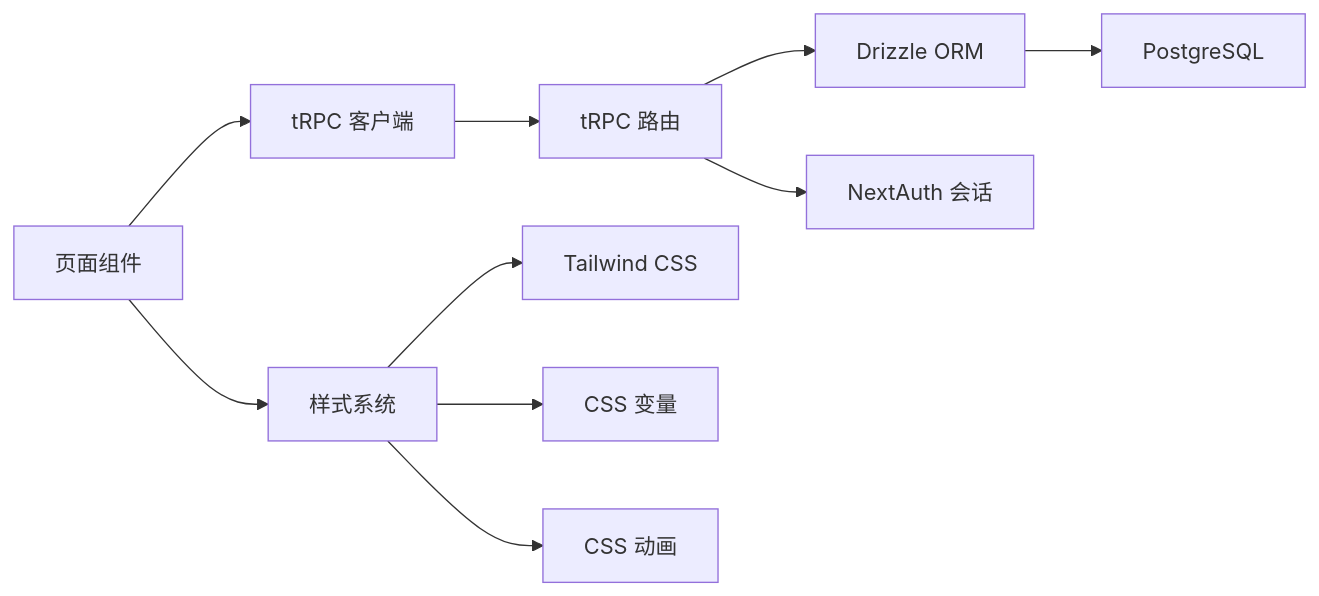
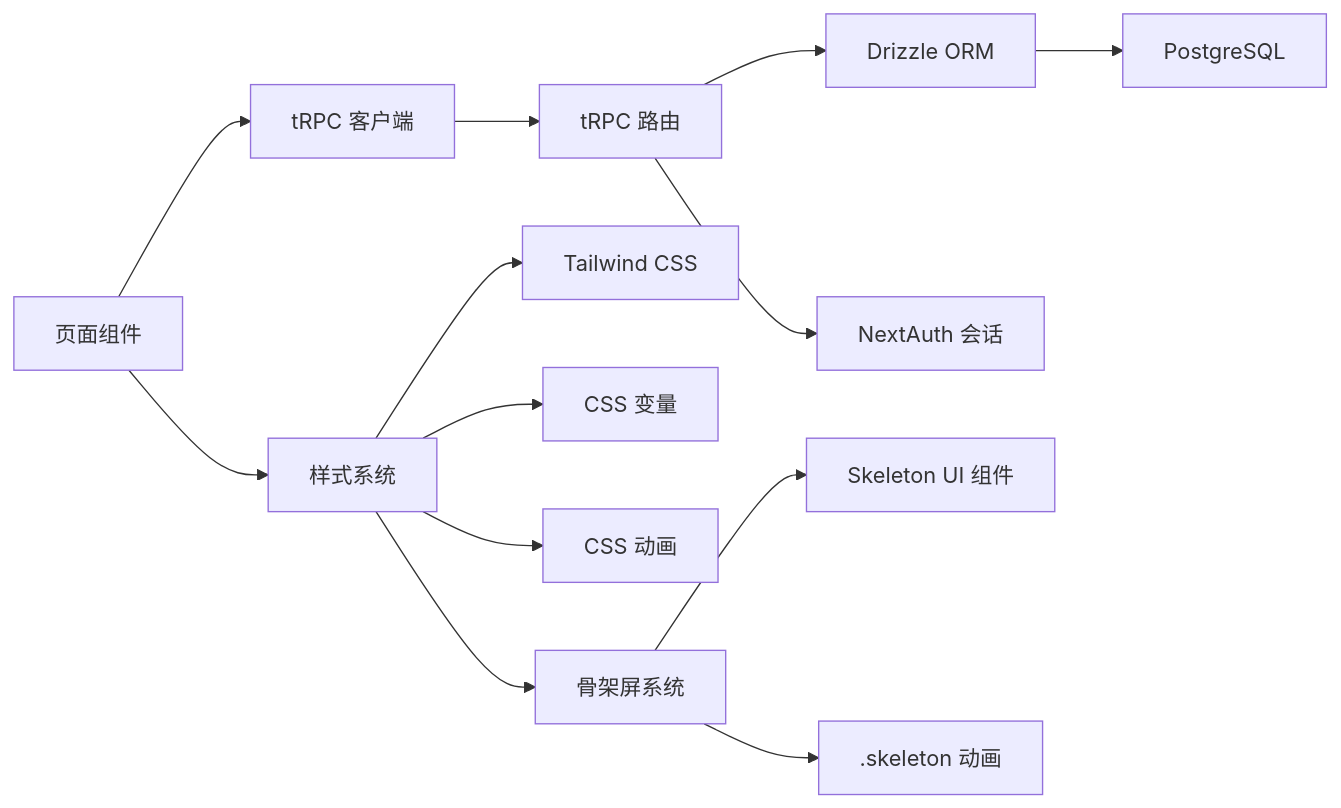
The tenth of 10 diagrams in .qoder/repowiki/zh/content/核心功能模块/应用管理系统.md (RadiumAg/image-saas), drawn with Mermaid before and after one commit. The commit also changed other lines of this file and 60 other files, not shown here.

````diff
--- a/.qoder/repowiki/zh/content/核心功能模块/应用管理系统.md
+++ b/.qoder/repowiki/zh/content/核心功能模块/应用管理系统.md
@@ -443,12 +478,15 @@
 ```mermaid
 graph LR
 UI["页面组件"] --> TClient["tRPC 客户端"]
 TClient --> TRPC["tRPC 路由"]
 TRPC --> DB["Drizzle ORM"]
 DB --> PG["PostgreSQL"]
 TRPC --> Auth["NextAuth 会话"]
 UI --> Styles["样式系统"]
 Styles --> Tailwind["Tailwind CSS"]
 Styles --> CSSVars["CSS 变量"]
 Styles --> Animations["CSS 动画"]
+Styles --> SkeletonSystem["骨架屏系统"]
+SkeletonSystem --> SkeletonUI["Skeleton UI 组件"]
+SkeletonSystem --> GlobalCSS[".skeleton 动画"]
 ```
````
